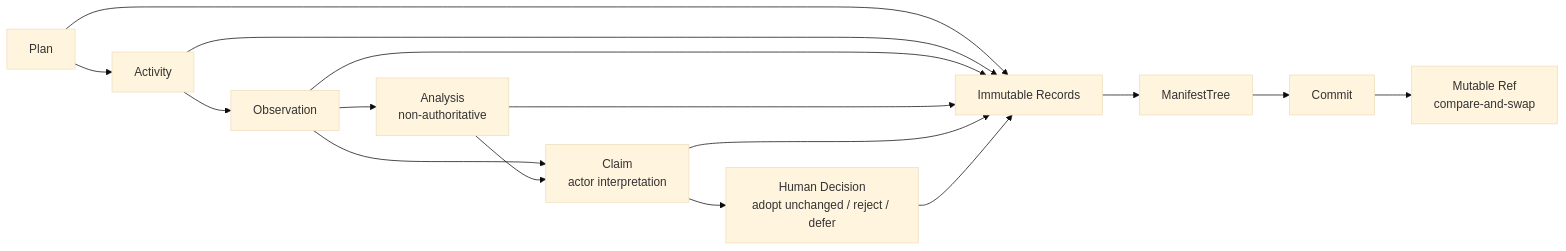
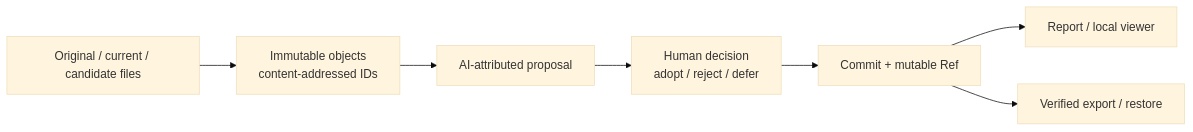
One commit to howlrs/synapsegit changed the diagram in README.md. Above: the diagram before and after it, drawn with Mermaid (base theme). The commit also changed other lines of this file and 45 other files, not shown here.

````diff
--- a/README.md
+++ b/README.md
@@ -74,19 +124,9 @@
 ```mermaid
 flowchart LR
-    P[Plan] --> A[Activity]
-    A --> O[Observation]
-    O --> N["Analysis<br/>non-authoritative"]
-    O --> C["Claim<br/>actor interpretation"]
-    N --> C
-    C --> H["Human Decision<br/>adopt unchanged / reject / defer"]
-
-    P --> R[Immutable Records]
-    A --> R
-    O --> R
-    N --> R
-    C --> R
-    H --> R
-    R --> T[ManifestTree]
-    T --> M[Commit]
-    M --> F["Mutable Ref<br/>compare-and-swap"]
+    F["Original / current / candidate files"] --> O["Immutable objects\ncontent-addressed IDs"]
+    O --> P["AI-attributed proposal"]
+    P --> H["Human decision\nadopt / reject / defer"]
+    H --> C["Commit + mutable Ref"]
+    C --> R["Report / local viewer"]
+    C --> A["Verified export / restore"]
 ```
````
